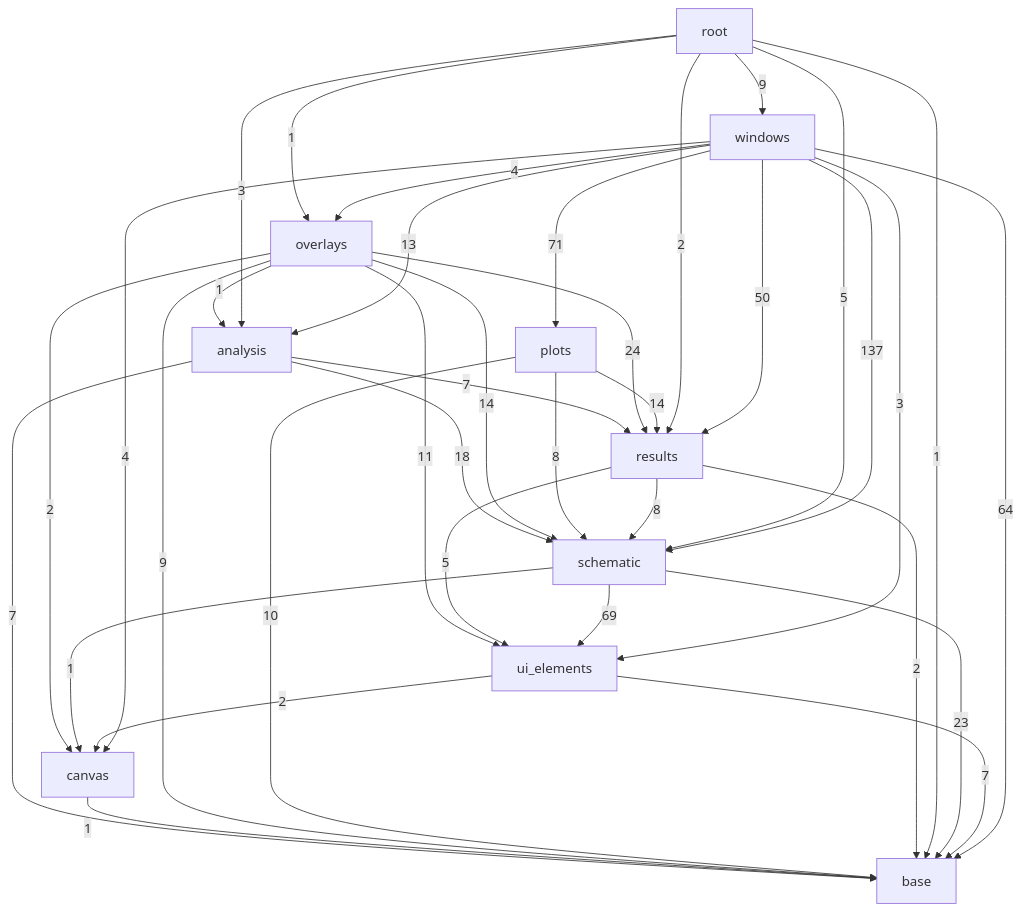
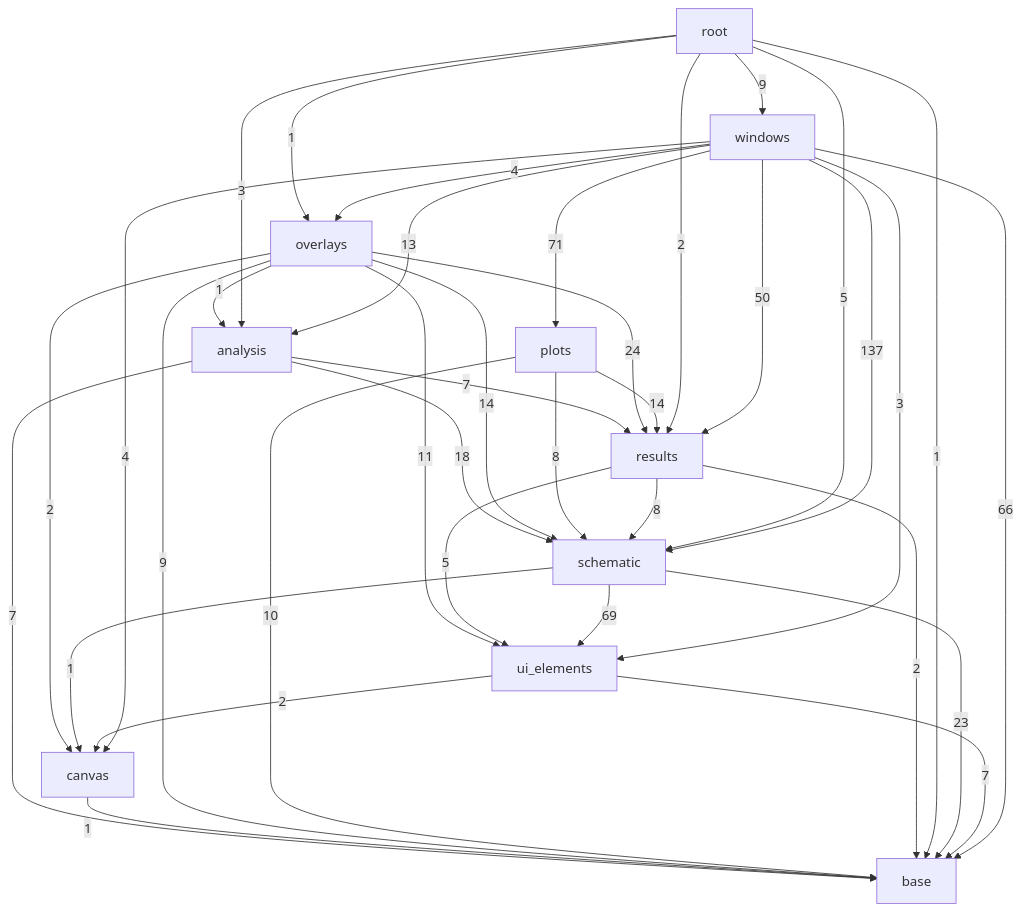
The third of 3 diagrams in docs/architecture.md (ronnymilleo/imcsim), drawn with Mermaid before and after one commit. The commit also changed other lines of this file, not shown here.

Commit message:
Regenerate the include diagram

````diff
--- a/docs/architecture.md
+++ b/docs/architecture.md
@@ -56,48 +56,48 @@
 ```mermaid
 flowchart TD
     app_gui_base[base]
     app_gui_canvas[canvas]
     app_gui_ui_elements[ui_elements]
     app_gui_schematic[schematic]
     app_gui_results[results]
     app_gui_analysis[analysis]
     app_gui_plots[plots]
     app_gui_overlays[overlays]
     app_gui_windows[windows]
     app_gui_root[root]
     app_gui_analysis -->|7| app_gui_base
     app_gui_analysis -->|7| app_gui_results
     app_gui_analysis -->|18| app_gui_schematic
     app_gui_canvas -->|1| app_gui_base
     app_gui_overlays -->|1| app_gui_analysis
     app_gui_overlays -->|9| app_gui_base
     app_gui_overlays -->|2| app_gui_canvas
     app_gui_overlays -->|24| app_gui_results
     app_gui_overlays -->|14| app_gui_schematic
     app_gui_overlays -->|11| app_gui_ui_elements
     app_gui_plots -->|10| app_gui_base
     app_gui_plots -->|14| app_gui_results
     app_gui_plots -->|8| app_gui_schematic
     app_gui_results -->|2| app_gui_base
     app_gui_results -->|8| app_gui_schematic
     app_gui_results -->|5| app_gui_ui_elements
     app_gui_root -->|3| app_gui_analysis
     app_gui_root -->|1| app_gui_base
     app_gui_root -->|1| app_gui_overlays
     app_gui_root -->|2| app_gui_results
     app_gui_root -->|5| app_gui_schematic
     app_gui_root -->|9| app_gui_windows
     app_gui_schematic -->|23| app_gui_base
     app_gui_schematic -->|1| app_gui_canvas
     app_gui_schematic -->|69| app_gui_ui_elements
     app_gui_ui_elements -->|7| app_gui_base
     app_gui_ui_elements -->|2| app_gui_canvas
     app_gui_windows -->|13| app_gui_analysis
-    app_gui_windows -->|64| app_gui_base
+    app_gui_windows -->|66| app_gui_base
     app_gui_windows -->|4| app_gui_canvas
     app_gui_windows -->|4| app_gui_overlays
     app_gui_windows -->|71| app_gui_plots
     app_gui_windows -->|50| app_gui_results
     app_gui_windows -->|137| app_gui_schematic
     app_gui_windows -->|3| app_gui_ui_elements
 ```
````
